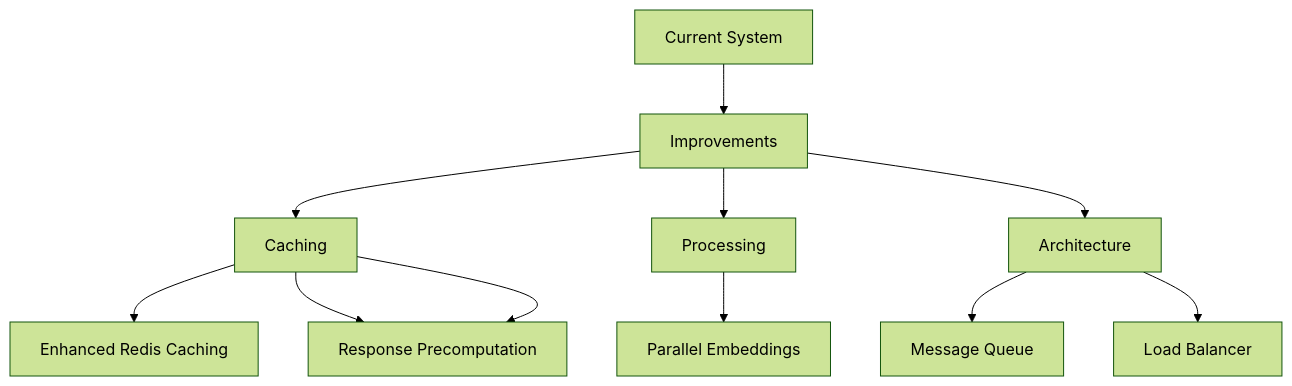
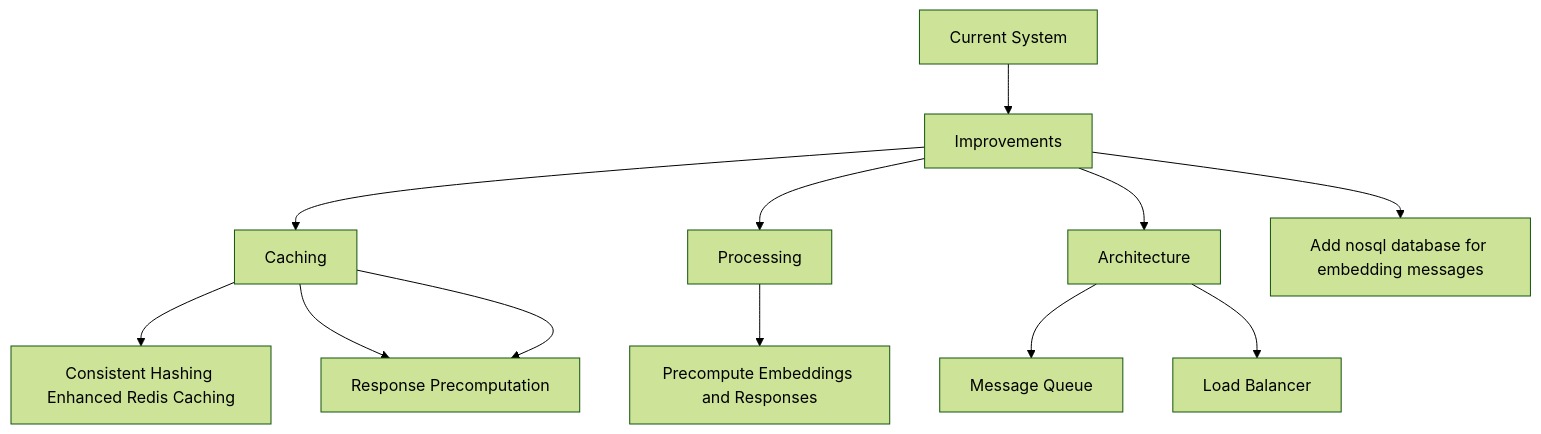
One commit to wgod58/slack-bot-ai changed the fourth of 5 diagrams in README.md. Above: the diagram before and after it, drawn with Mermaid (forest theme). The commit also changed other lines of this file, not shown here.

````diff
--- a/README.md
+++ b/README.md
@@ -192,13 +192,14 @@
    ```mermaid
    graph TD
        A[Current System] --> B[Improvements]
        B --> C[Caching]
        B --> D[Processing]
        B --> E[Architecture]
-       C --> F[Enhanced Redis Caching]
-       C --> G[Consistent Hashing]
+       B --> H[Add nosql database for embedding messages]
+       C --> F[Consistent Hashing Enhanced Redis Caching]
+       C --> G[Consistent Hashing Enhanced Pinecone Caching]
        C --> G[Response Precomputation]
-       D --> I[Parallel Embeddings]
+       D --> I[Precompute Embeddings and Responses]
        E --> J[Message Queue]
        E --> K[Load Balancer]
    ```
````
